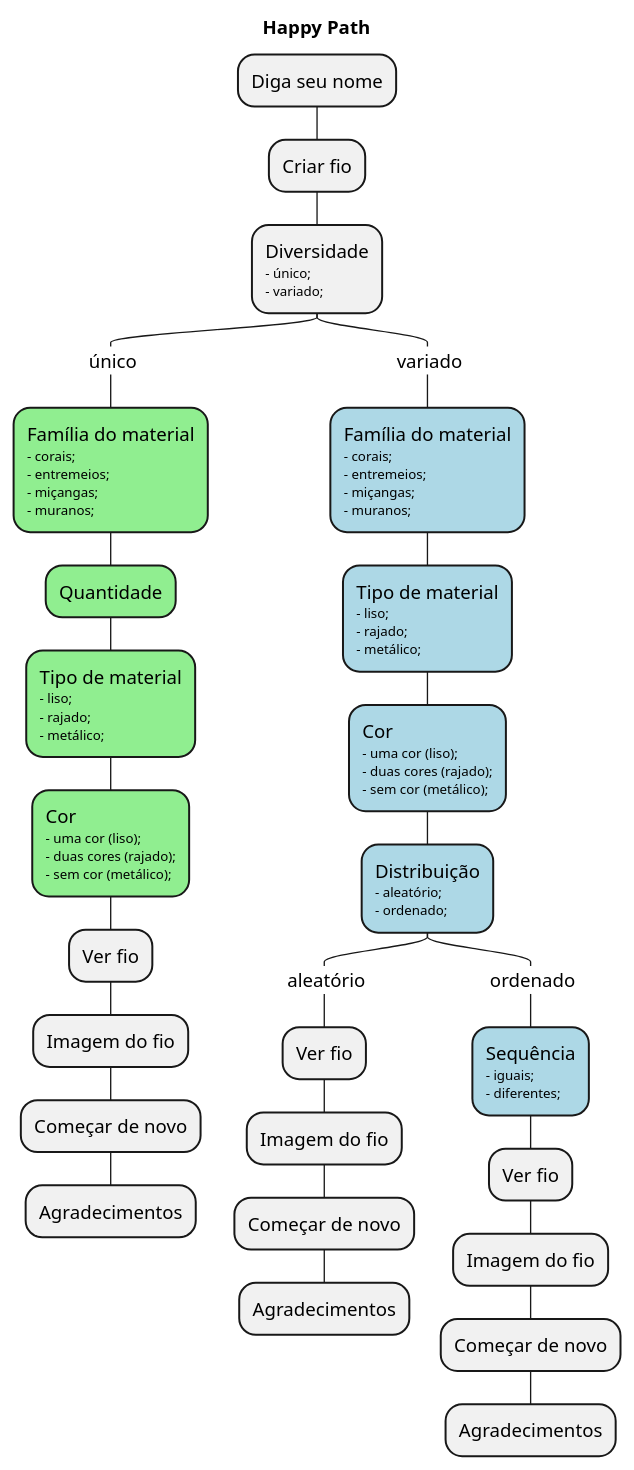
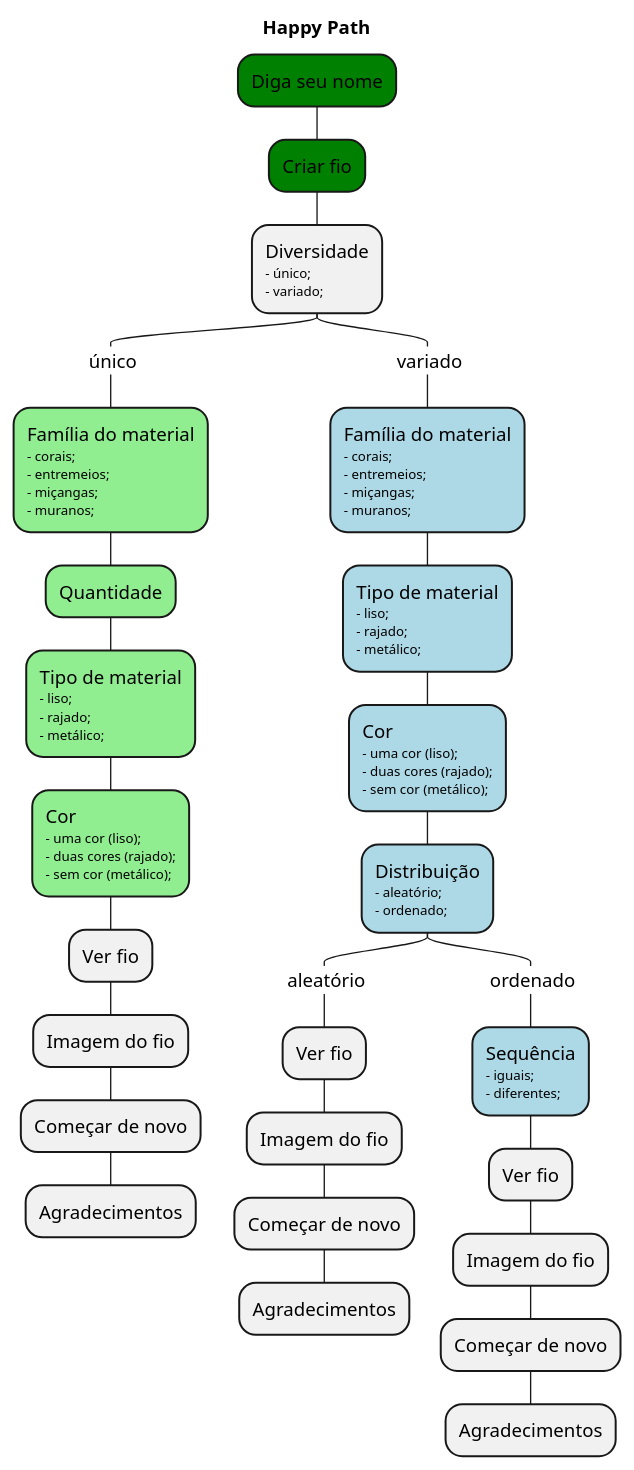
One commit to TecnoSigma/vo-maria changed the diagram in __docs__/happy_path.puml. Above: the diagram before and after it, drawn with PlantUML. The commit also changed 2 other files, not shown here.

```diff
--- a/__docs__/happy_path.puml
+++ b/__docs__/happy_path.puml
@@ -1,37 +1,37 @@
 @startmindmap
 title Happy Path
 
 top to bottom direction
 
-* Diga seu nome
-** Criar fio
+*[#green] Diga seu nome
+**[#green] Criar fio
 
 *** Diversidade\n<size: 10>- único;\n<size: 10>- variado;
 ****_ único
 *****[#lightgreen] Família do material\n<size: 10>- corais;\n<size: 10>- entremeios;\n<size: 10>- miçangas;\n<size: 10>- muranos;
 ******[#lightgreen] Quantidade
 *******[#lightgreen] Tipo de material\n<size: 10>- liso;\n<size: 10>- rajado;\n<size: 10>- metálico;
 ********[#lightgreen] Cor\n<size: 10>- uma cor (liso);\n<size: 10>- duas cores (rajado);\n<size: 10>- sem cor (metálico);
 ********* Ver fio
 ********** Imagem do fio
 *********** Começar de novo
 ************ Agradecimentos
 
 ****_ variado
 *****[#lightblue] Família do material\n<size: 10>- corais;\n<size: 10>- entremeios;\n<size: 10>- miçangas;\n<size: 10>- muranos;
 ******[#lightblue] Tipo de material\n<size: 10>- liso;\n<size: 10>- rajado;\n<size: 10>- metálico;
 *******[#lightblue] Cor\n<size: 10>- uma cor (liso);\n<size: 10>- duas cores (rajado);\n<size: 10>- sem cor (metálico);
 
 ********[#lightblue] Distribuição\n<size: 10>- aleatório;\n<size: 10>- ordenado;
 *********_ aleatório
 ********** Ver fio
 *********** Imagem do fio
 ************ Começar de novo
 ************* Agradecimentos
 *********_ ordenado
 **********[#lightblue] Sequência\n<size: 10>- iguais;\n<size: 10>- diferentes;
 *********** Ver fio
 ************ Imagem do fio
 ************* Começar de novo
 ************** Agradecimentos
 @endmindmap
```
